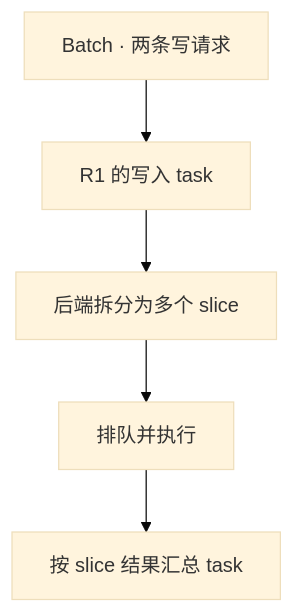
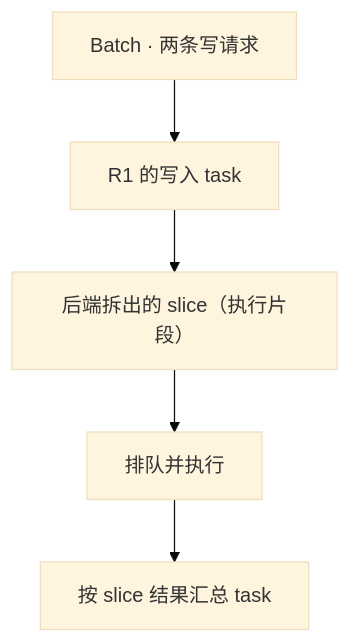
Before and after one commit to Hansyangxingxiang/Mooncake: the diagram in mooncake-kv-cache-series/wechat/06-transfer-lifecycle.md, drawn with Mermaid (base theme). The commit also changed other lines of this file and 10 other files, not shown here.

````diff
--- a/mooncake-kv-cache-series/wechat/06-transfer-lifecycle.md
+++ b/mooncake-kv-cache-series/wechat/06-transfer-lifecycle.md
@@ -15,7 +17,7 @@
 ```mermaid
 flowchart TB
     B["Batch · 两条写请求"] --> T["R1 的写入 task"]
-    T --> S["后端拆分为多个 slice"]
+    T --> S["后端拆出的 slice（执行片段）"]
     S --> W["排队并执行"]
     W --> Q["按 slice 结果汇总 task"]
 ```
````
